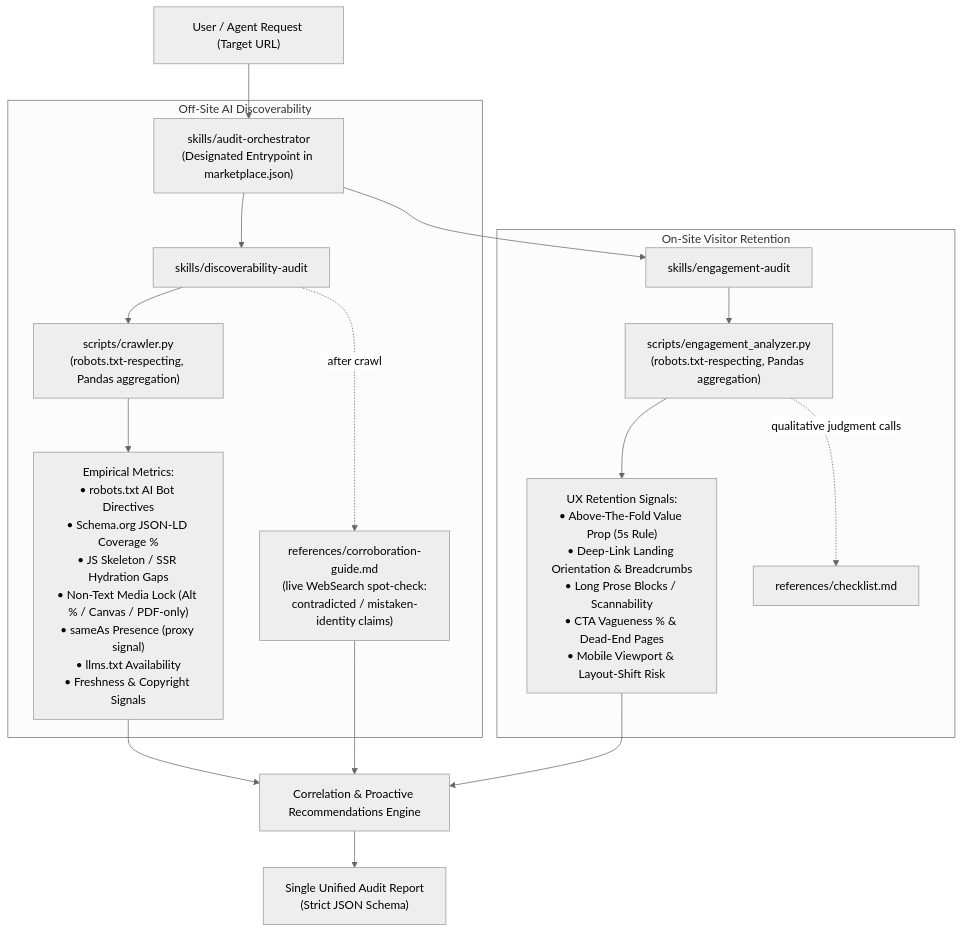
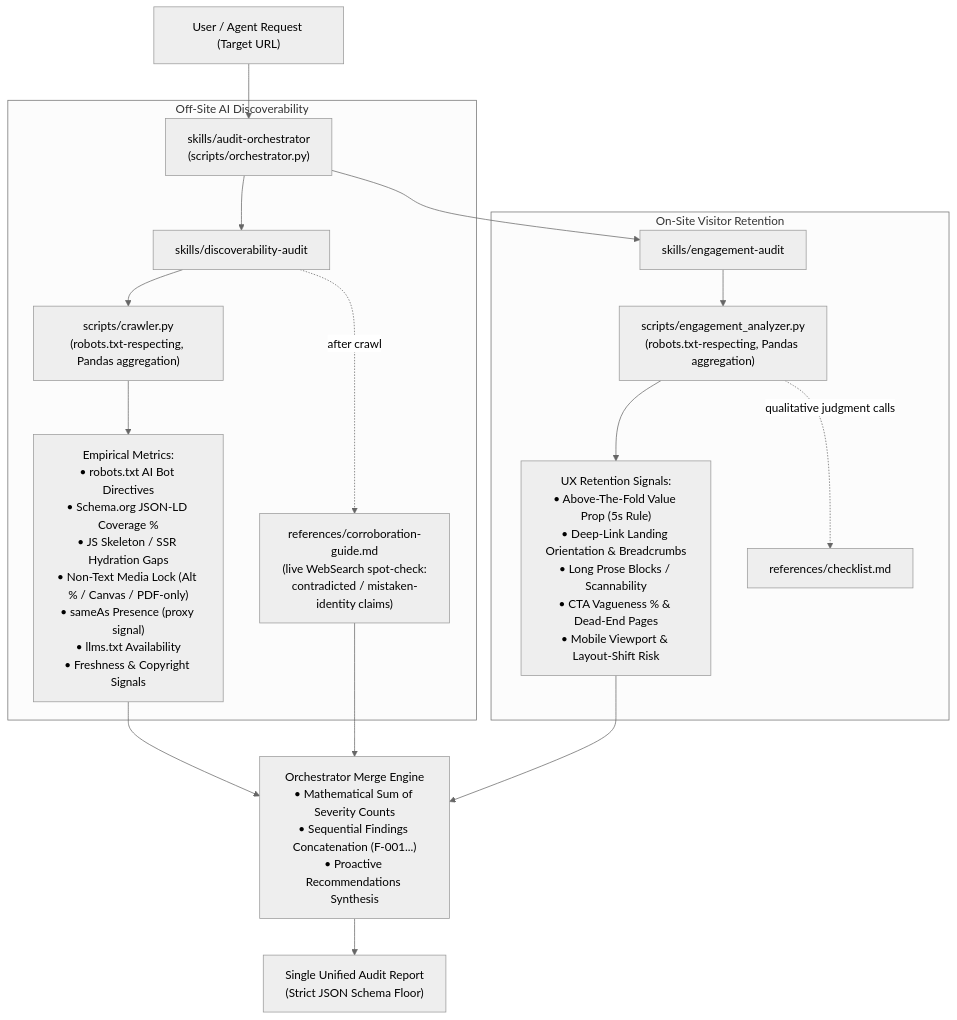
One commit to upamkmr/Nexus_adobe changed the diagram in nexus-coders-brand-audit/README.md. Above: the diagram before and after it, drawn with Mermaid (neutral theme). The commit also changed other lines of this file and 5 other files, not shown here.

Commit message:
feat(orchestrator): implement single entrypoint orchestrator script and mathematical report merge

````diff
--- a/nexus-coders-brand-audit/README.md
+++ b/nexus-coders-brand-audit/README.md
@@ -50,23 +52,23 @@
 ```mermaid
 flowchart TD
-    User["User / Agent Request (Target URL)"] --> Entrypoint["skills/audit-orchestrator\n(Designated Entrypoint in marketplace.json)"]
+    User["User / Agent Request (Target URL)"] --> Entrypoint["skills/audit-orchestrator\n(scripts/orchestrator.py)"]
     
     subgraph Discoverability ["Off-Site AI Discoverability"]
         Entrypoint --> DiscSkill["skills/discoverability-audit"]
         DiscSkill --> Crawler["scripts/crawler.py\n(robots.txt-respecting, Pandas aggregation)"]
         Crawler --> DiscFindings["Empirical Metrics:\n• robots.txt AI Bot Directives\n• Schema.org JSON-LD Coverage %\n• JS Skeleton / SSR Hydration Gaps\n• Non-Text Media Lock (Alt % / Canvas / PDF-only)\n• sameAs Presence (proxy signal)\n• llms.txt Availability\n• Freshness & Copyright Signals"]
         DiscSkill -.after crawl.-> Corrob["references/corroboration-guide.md\n(live WebSearch spot-check:\ncontradicted / mistaken-identity claims)"]
     end
 
     subgraph Engagement ["On-Site Visitor Retention"]
         Entrypoint --> EngSkill["skills/engagement-audit"]
         EngSkill --> EngScript["scripts/engagement_analyzer.py\n(robots.txt-respecting, Pandas aggregation)"]
         EngScript --> EngFindings["UX Retention Signals:\n• Above-The-Fold Value Prop (5s Rule)\n• Deep-Link Landing Orientation & Breadcrumbs\n• Long Prose Blocks / Scannability\n• CTA Vagueness % & Dead-End Pages\n• Mobile Viewport & Layout-Shift Risk"]
         EngScript -.qualitative judgment calls.-> CheckRef["references/checklist.md"]
     end
 
-    DiscFindings --> Synthesizer["Correlation & Proactive Recommendations Engine"]
-    Corrob --> Synthesizer
-    EngFindings --> Synthesizer
-    Synthesizer --> FinalReport["Single Unified Audit Report\n(Strict JSON Schema)"]
+    DiscFindings --> MergeEngine["Orchestrator Merge Engine\n• Mathematical Sum of Severity Counts\n• Sequential Findings Concatenation (F-001...)\n• Proactive Recommendations Synthesis"]
+    Corrob --> MergeEngine
+    EngFindings --> MergeEngine
+    MergeEngine --> FinalReport["Single Unified Audit Report\n(Strict JSON Schema Floor)"]
 ```
````
